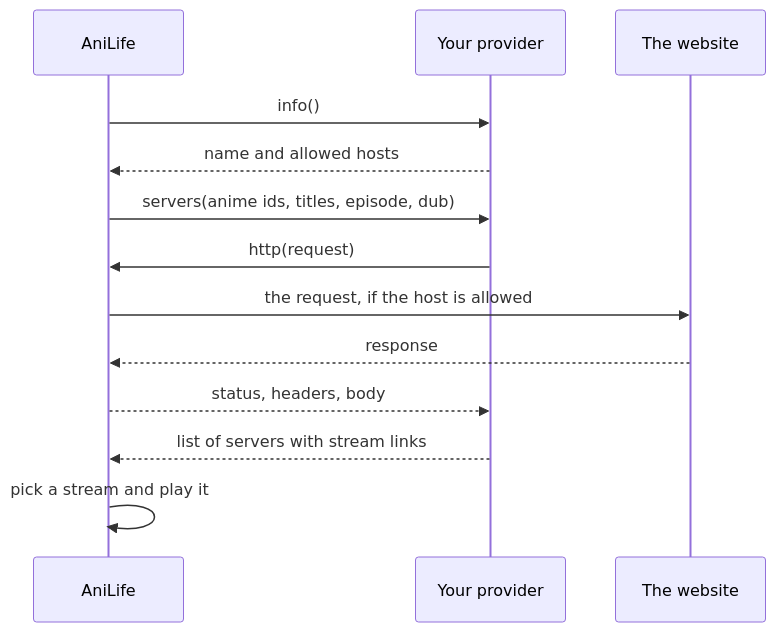
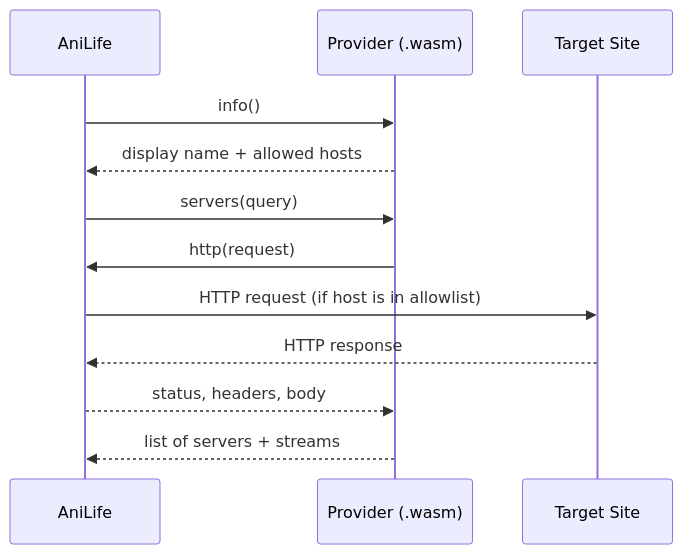
Before and after one commit to Vexatious669/kotlindesktop: the diagram in creating-extension.md, drawn with Mermaid. The commit also changed other lines of this file, not shown here.

````diff
--- a/creating-extension.md
+++ b/creating-extension.md
@@ -41,16 +16,15 @@
 ```mermaid
 sequenceDiagram
     participant App as AniLife
-    participant P as Your provider
-    participant Site as The website
+    participant P as Provider (.wasm)
+    participant Site as Target Site
 
     App->>P: info()
-    P-->>App: name and allowed hosts
-    App->>P: servers(anime ids, titles, episode, dub)
+    P-->>App: display name + allowed hosts
+    App->>P: servers(query)
     P->>App: http(request)
-    App->>Site: the request, if the host is allowed
-    Site-->>App: response
+    App->>Site: HTTP request (if host is in allowlist)
+    Site-->>App: HTTP response
     App-->>P: status, headers, body
-    P-->>App: list of servers with stream links
-    App->>App: pick a stream and play it
+    P-->>App: list of servers + streams
 ```
````
